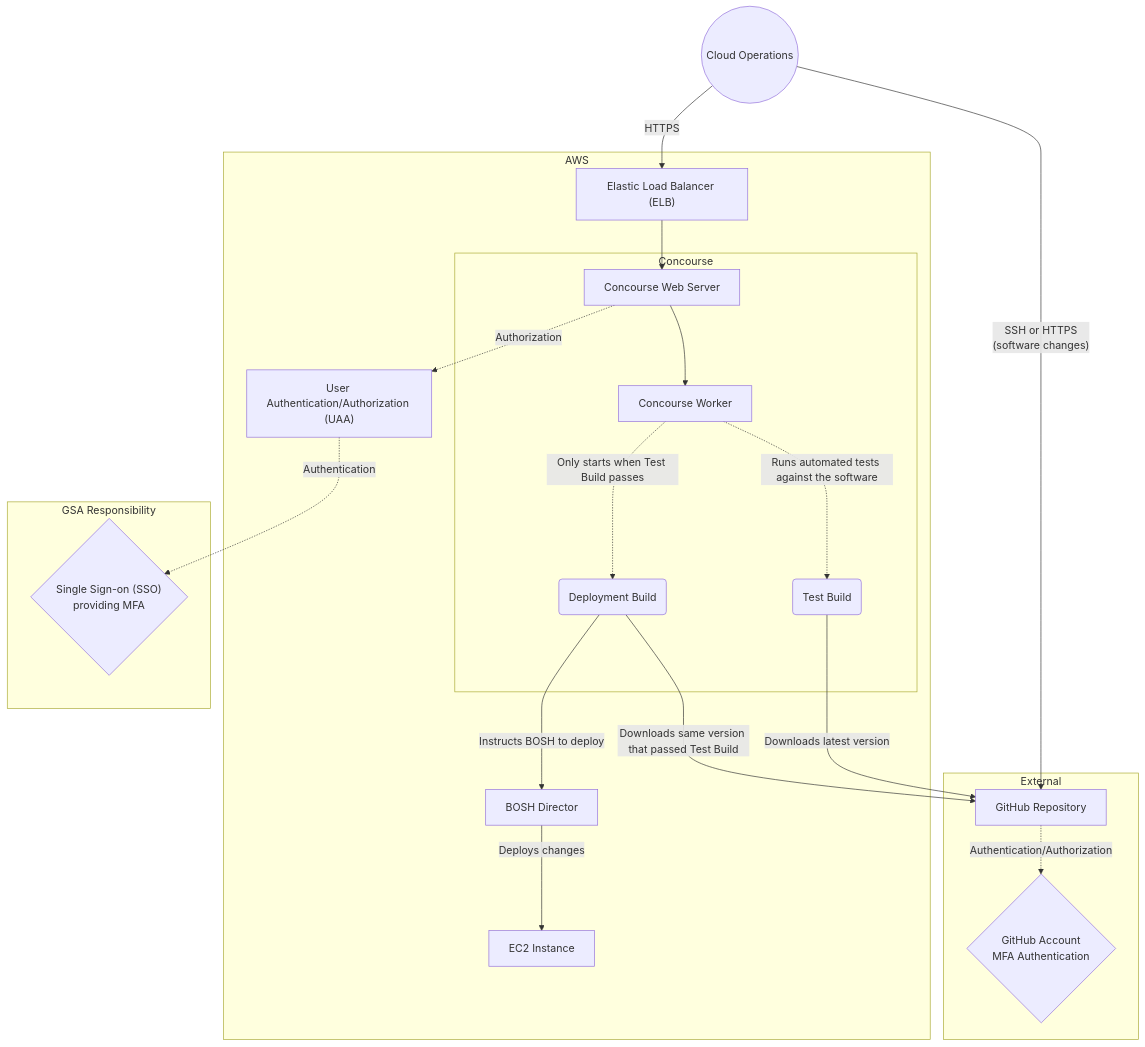
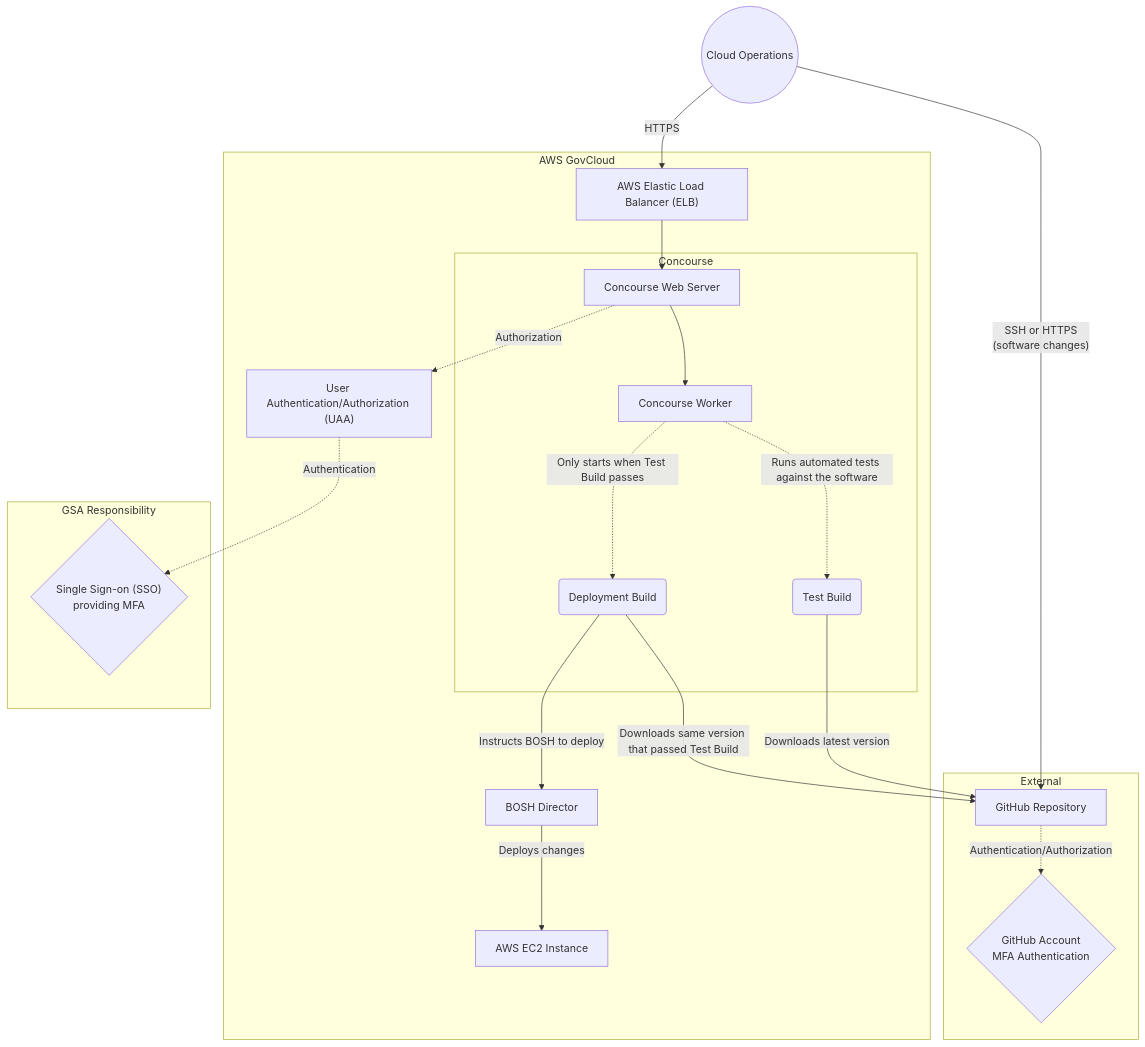
Before and after one commit to cloud-gov/system-diagrams: the diagram in source/diagrams/10-4.4-software-deployment.mmd, drawn with Mermaid. The commit also changed 3 other files, not shown here.

Commit message:
More information about CloudWatch and AWS for diagrams

```diff
--- a/source/diagrams/10-4.4-software-deployment.mmd
+++ b/source/diagrams/10-4.4-software-deployment.mmd
@@ -1,37 +1,37 @@
 %% title: 10-4.4 Software Deployment Data Flow
 %% description: Section 10 - System Environment - Figure 10-4.3 Software Deployment Data Flow
 graph TD
-  subgraph AWS
+  subgraph AWS GovCloud
     subgraph Concourse
       web["Concourse Web Server"]
       worker["Concourse Worker"]
       test-job("Test Build")
       deploy-job("Deployment Build")
     end
-    elb["Elastic Load Balancer (ELB)"]
+    elb["AWS Elastic Load Balancer (ELB)"]
     UAA["User Authentication/Authorization (UAA)"]
     bosh["BOSH Director"]
-    ec2["EC2 Instance"]
+    ec2["AWS EC2 Instance"]
   end
   subgraph External
     github["GitHub Repository"]
     github-auth{"GitHub Account<br>MFA Authentication"}
   end
   subgraph GSA Responsibility
     SAML{"Single Sign-on (SSO)<br>providing MFA"}
   end
   Ops((Cloud Operations))
 
   Ops--"SSH or HTTPS<br>(software changes)"-->github
   Ops--HTTPS-->elb
   elb-->web
   web-->worker
   web-.Authorization.->UAA
   UAA-.Authentication.->SAML
   github-."Authentication/Authorization".->github-auth
   worker-.Runs automated tests against the software.->test-job
   worker-."Only starts when Test Build passes".->deploy-job
   test-job--Downloads latest version-->github
   deploy-job--Downloads same version that passed Test Build-->github
   deploy-job--Instructs BOSH to deploy-->bosh
   bosh--Deploys changes-->ec2
```
